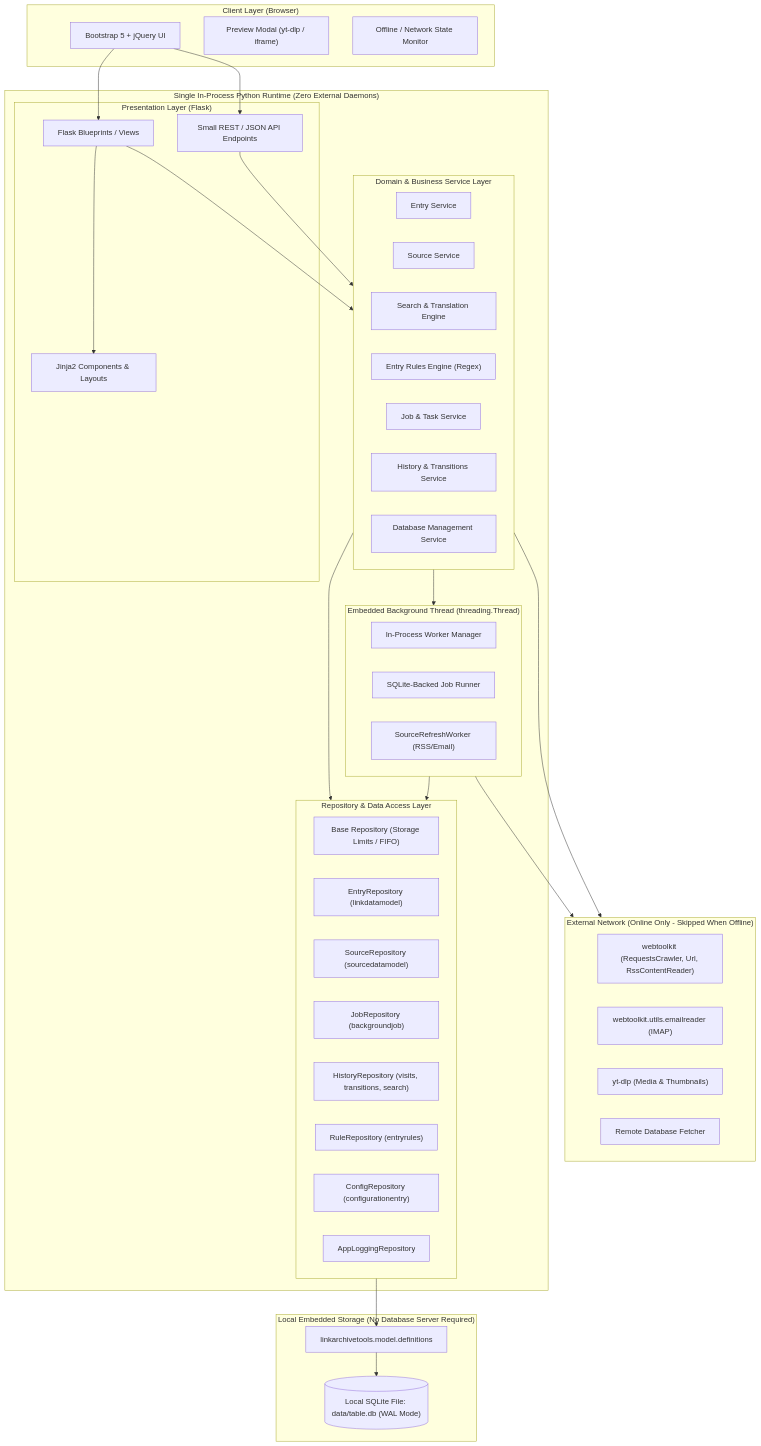
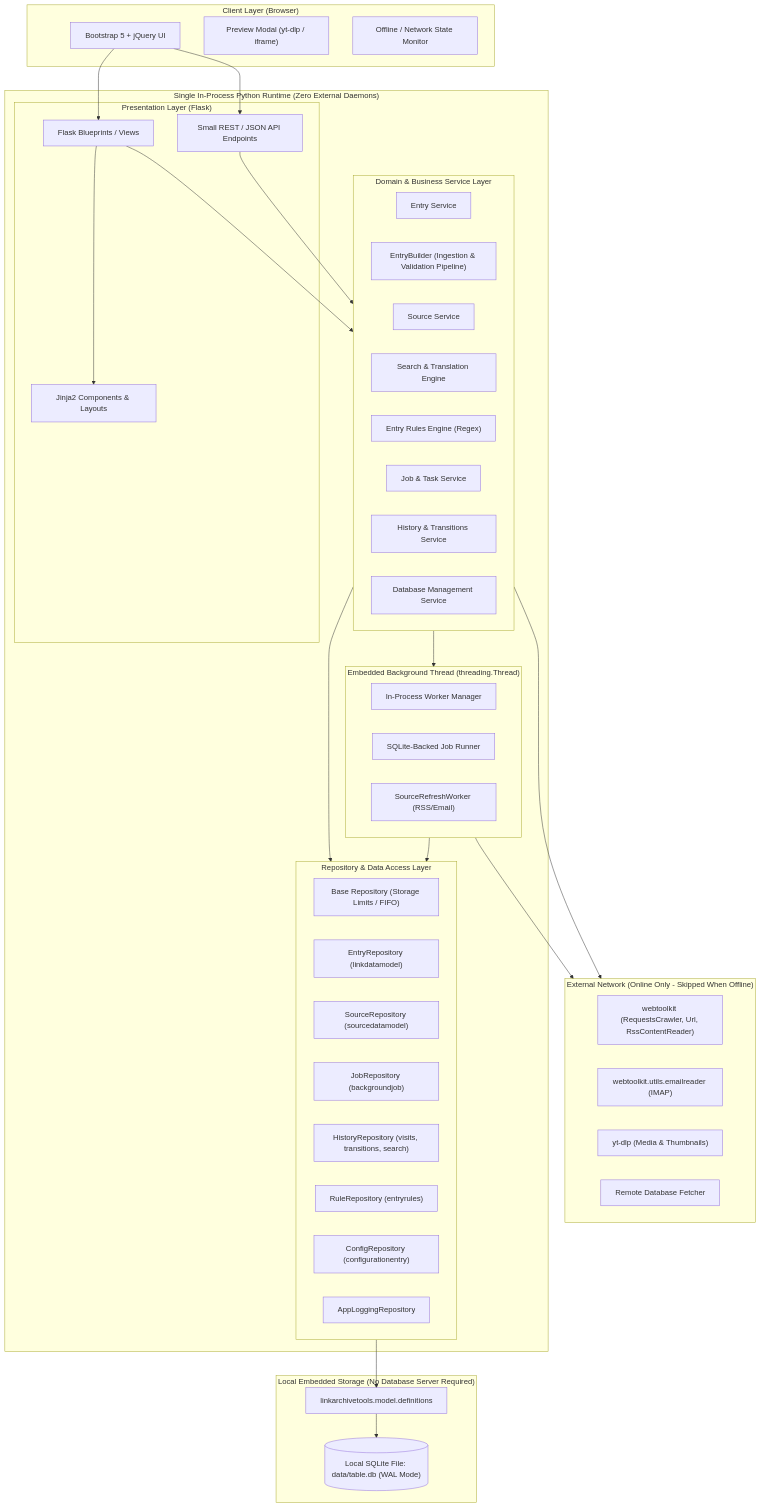
The first of 4 diagrams in ARCHITECTURE.md (rumca-js/yafr_next), drawn with Mermaid before and after one commit. The commit also changed other lines of this file and 5 other files, not shown here.

Commit message:
Added entry builder

````diff
--- a/ARCHITECTURE.md
+++ b/ARCHITECTURE.md
@@ -21,68 +21,69 @@
 ```mermaid
 flowchart TD
     subgraph Client ["Client Layer (Browser)"]
         UI["Bootstrap 5 + jQuery UI"]
         Modal["Preview Modal (yt-dlp / iframe)"]
         OfflineDetect["Offline / Network State Monitor"]
     end
 
     subgraph Process ["Single In-Process Python Runtime (Zero External Daemons)"]
         subgraph Presentation ["Presentation Layer (Flask)"]
             Blueprints["Flask Blueprints / Views"]
             RestAPI["Small REST / JSON API Endpoints"]
             Jinja["Jinja2 Components & Layouts"]
         end
 
         subgraph Service ["Domain & Business Service Layer"]
             EntrySvc["Entry Service"]
+            EntryBuilder["EntryBuilder (Ingestion & Validation Pipeline)"]
             SourceSvc["Source Service"]
             SearchSvc["Search & Translation Engine"]
             RuleSvc["Entry Rules Engine (Regex)"]
             JobSvc["Job & Task Service"]
             HistorySvc["History & Transitions Service"]
             DbSvc["Database Management Service"]
         end
 
         subgraph Workers ["Embedded Background Thread (threading.Thread)"]
             WorkerMgr["In-Process Worker Manager"]
             JobRunner["SQLite-Backed Job Runner"]
             SourceWorker["SourceRefreshWorker (RSS/Email)"]
         end
 
         subgraph Repository ["Repository & Data Access Layer"]
             RepoBase["Base Repository (Storage Limits / FIFO)"]
             EntryRepo["EntryRepository (linkdatamodel)"]
             SourceRepo["SourceRepository (sourcedatamodel)"]
             JobRepo["JobRepository (backgroundjob)"]
             HistoryRepo["HistoryRepository (visits, transitions, search)"]
             RuleRepo["RuleRepository (entryrules)"]
             ConfigRepo["ConfigRepository (configurationentry)"]
             LogRepo["AppLoggingRepository"]
         end
     end
 
     subgraph Data ["Local Embedded Storage (No Database Server Required)"]
         SQLite[("Local SQLite File: data/table.db (WAL Mode)")]
         Definitions["linkarchivetools.model.definitions"]
     end
 
     subgraph External ["External Network (Online Only - Skipped When Offline)"]
         Webtoolkit["webtoolkit (RequestsCrawler, Url, RssContentReader)"]
         EmailReader["webtoolkit.utils.emailreader (IMAP)"]
         YtDlp["yt-dlp (Media & Thumbnails)"]
         RemoteDB["Remote Database Fetcher"]
     end
 
     UI --> Blueprints
     UI --> RestAPI
     RestAPI --> Service
     Blueprints --> Jinja
     Blueprints --> Service
     Service --> Repository
     Service --> Workers
     Workers --> Repository
     Workers --> External
     Repository --> Definitions
     Definitions --> SQLite
     Service --> External
 ```
````
